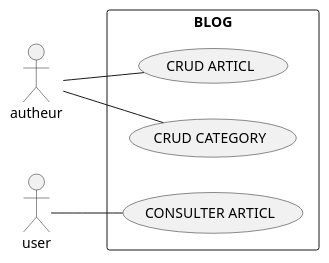
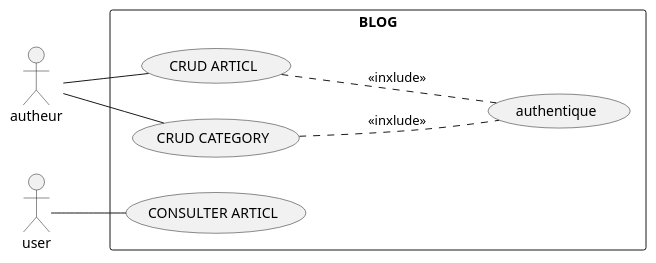
The diagram in Analyse/usecase.puml (Cyclops789/solicode-laravel-orm), drawn with PlantUML before and after one commit.

Commit message:
use case update

```diff
--- a/Analyse/usecase.puml
+++ b/Analyse/usecase.puml
@@ -1,17 +1,18 @@
 @startuml
 left to right direction
 actor "autheur" as us
 actor "user" as ad
 rectangle BLOG {
 
   usecase "CRUD ARTICL" as UC1
   usecase "CRUD CATEGORY" as UC3
   usecase "CONSULTER ARTICL" as UC2
+  usecase "authentique" as UC4
 
 }
 us -- UC1
 us -- UC3
 ad -- UC2
-
-
+UC3-..UC4:<<inxlude>>
+UC1-..UC4:<<inxlude>>
 @enduml
```
